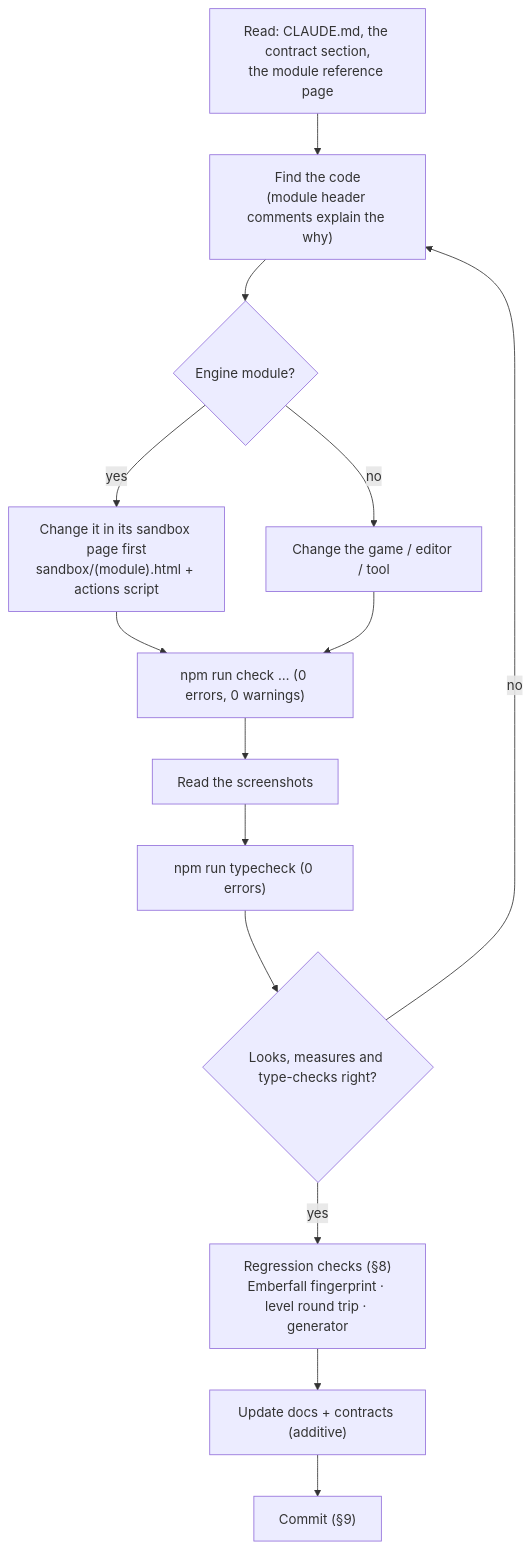
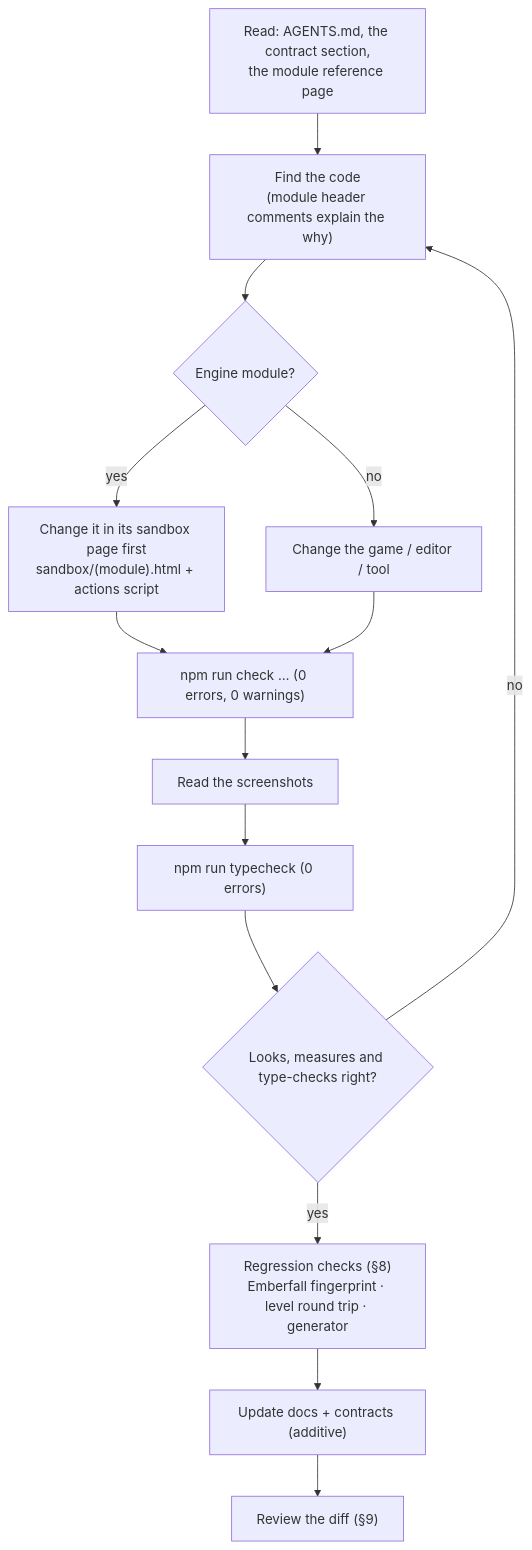
One commit to Leemonztuff/SoulDolls-Lumina changed the diagram in docs/development/DEVELOPMENT_WORKFLOW.md. Above: the diagram before and after it, drawn with Mermaid. The commit also changed other lines of this file and 586 other files, not shown here.

````diff
--- a/docs/development/DEVELOPMENT_WORKFLOW.md
+++ b/docs/development/DEVELOPMENT_WORKFLOW.md
@@ -156,16 +188,16 @@
 ```mermaid
 flowchart TD
-  A["Read: CLAUDE.md, the contract section,<br/>the module reference page"] --> B["Find the code<br/>(module header comments explain the why)"]
+  A["Read: AGENTS.md, the contract section,<br/>the module reference page"] --> B["Find the code<br/>(module header comments explain the why)"]
   B --> C{"Engine module?"}
   C -- yes --> D["Change it in its sandbox page first<br/>sandbox/(module).html + actions script"]
   C -- no --> E["Change the game / editor / tool"]
   D --> F["npm run check … (0 errors, 0 warnings)"]
   E --> F
   F --> G["Read the screenshots"]
   G --> T["npm run typecheck (0 errors)"]
   T --> H{"Looks, measures and type-checks right?"}
   H -- no --> B
   H -- yes --> I["Regression checks (§8)<br/>Emberfall fingerprint · level round trip · generator"]
   I --> J["Update docs + contracts (additive)"]
-  J --> K["Commit (§9)"]
+  J --> K["Review the diff (§9)"]
 ```
````
